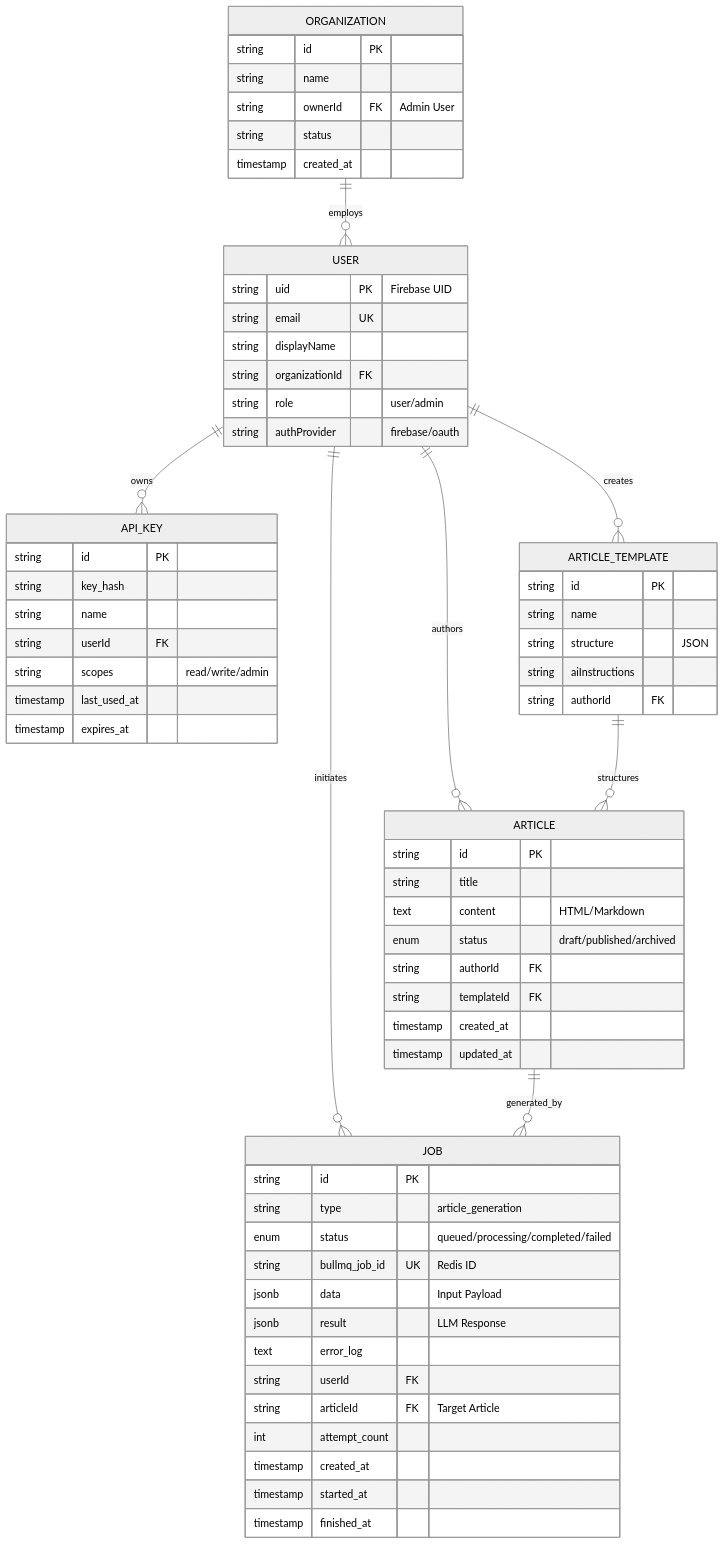
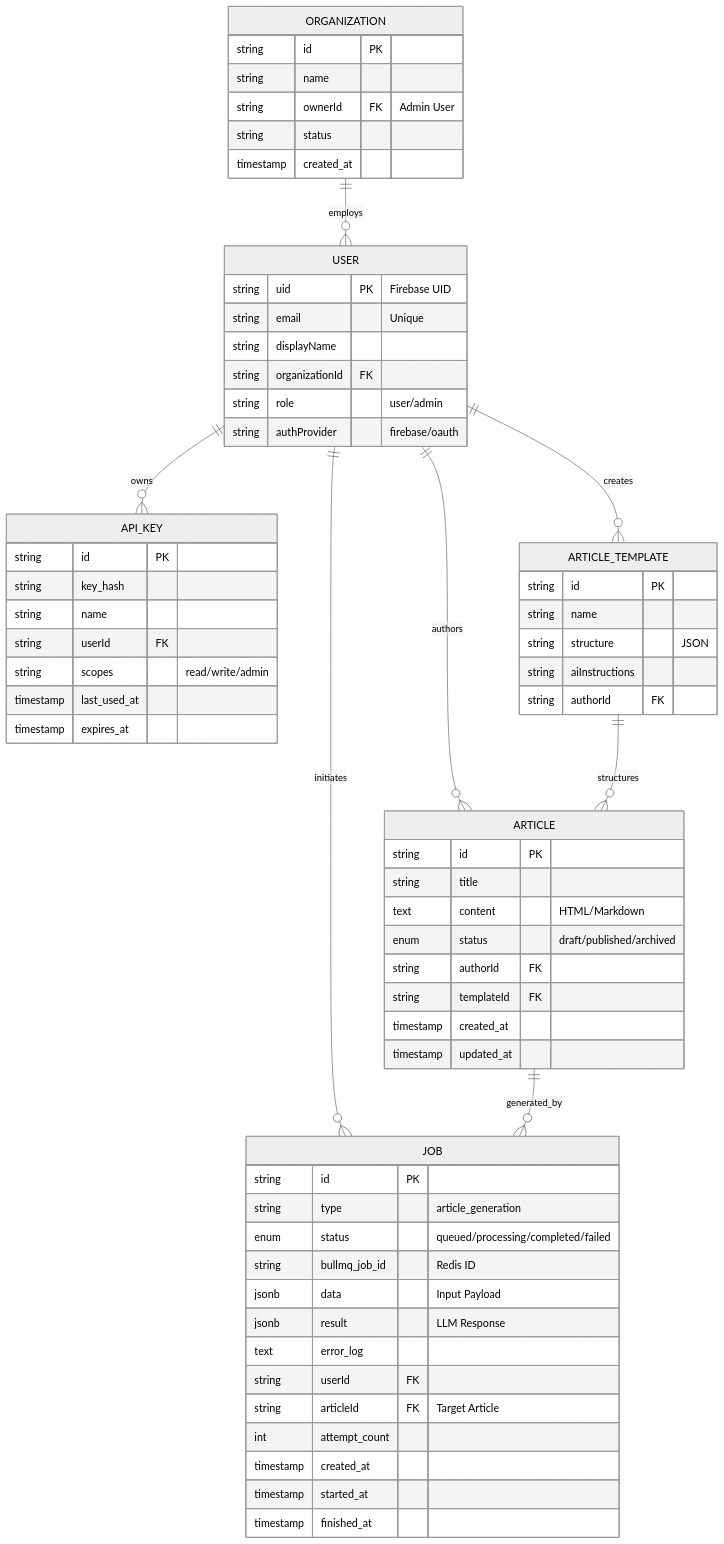
The first of 5 diagrams in docs/architecture/erd.md (nishuns/taughtcode-server), drawn with Mermaid (neutral theme) before and after one commit. The commit also changed other lines of this file, not shown here.

Commit message:
fix(docs): resolve all mermaid syntax errors by using strict standard keywords

````diff
--- a/docs/architecture/erd.md
+++ b/docs/architecture/erd.md
@@ -9,73 +9,73 @@
 ```mermaid
 erDiagram
     ORGANIZATION {
         string id PK
         string name
         string ownerId FK "Admin User"
         string status
         timestamp created_at
     }
 
     USER {
         string uid PK "Firebase UID"
-        string email UK
+        string email "Unique"
         string displayName
         string organizationId FK
         string role "user/admin"
         string authProvider "firebase/oauth"
     }
 
     API_KEY {
         string id PK
         string key_hash
         string name
         string userId FK
         string scopes "read/write/admin"
         timestamp last_used_at
         timestamp expires_at
     }
 
     ARTICLE_TEMPLATE {
         string id PK
         string name
         string structure "JSON"
         string aiInstructions
         string authorId FK
     }
 
     ARTICLE {
         string id PK
         string title
         text content "HTML/Markdown"
         enum status "draft/published/archived"
         string authorId FK
         string templateId FK
         timestamp created_at
         timestamp updated_at
     }
 
     JOB {
         string id PK
         string type "article_generation"
         enum status "queued/processing/completed/failed"
-        string bullmq_job_id UK "Redis ID"
+        string bullmq_job_id "Redis ID"
         jsonb data "Input Payload"
         jsonb result "LLM Response"
         text error_log
         string userId FK
         string articleId FK "Target Article"
         int attempt_count
         timestamp created_at
         timestamp started_at
         timestamp finished_at
     }
 
     ORGANIZATION ||--o{ USER : "employs"
     USER ||--o{ ARTICLE : "authors"
     USER ||--o{ JOB : "initiates"
     USER ||--o{ ARTICLE_TEMPLATE : "creates"
     USER ||--o{ API_KEY : "owns"
     
     ARTICLE_TEMPLATE ||--o{ ARTICLE : "structures"
     ARTICLE ||--o{ JOB : "generated_by"
 ```
````
